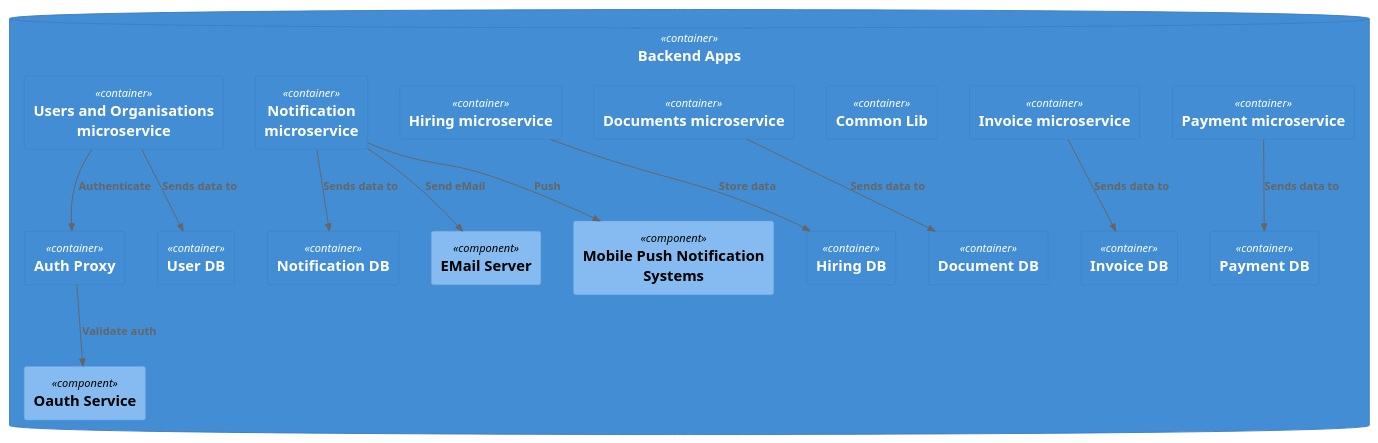
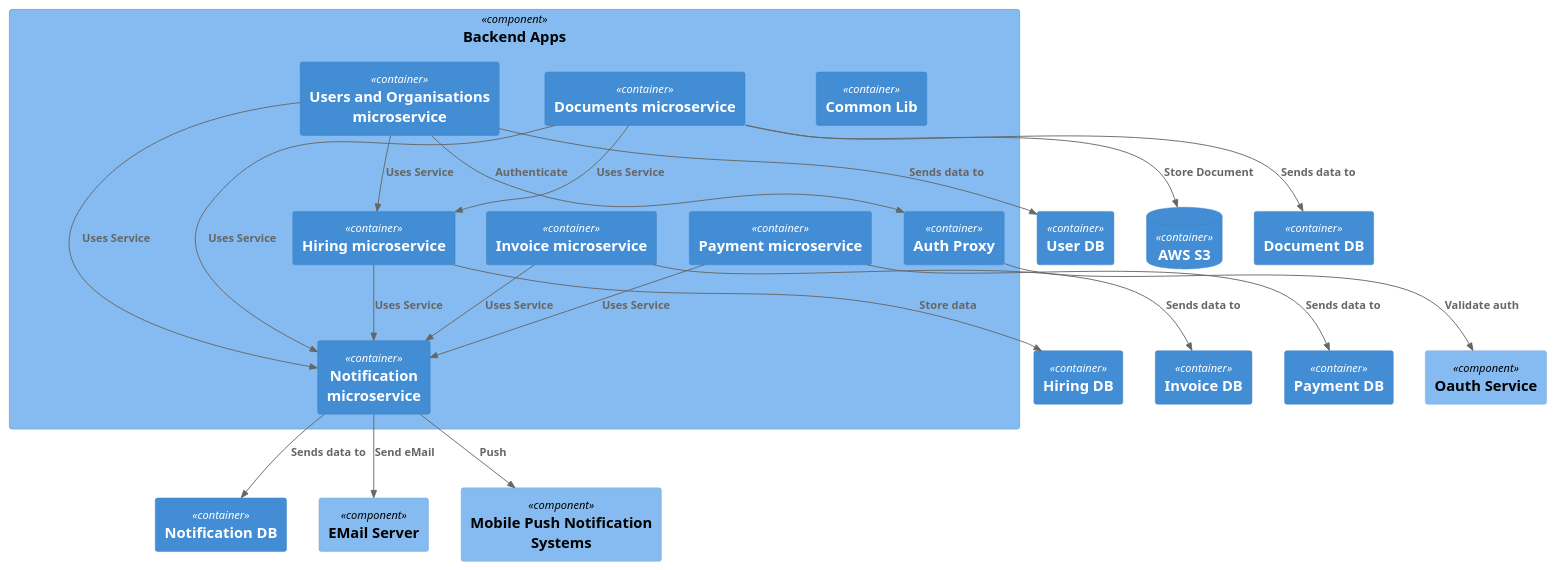
One commit to brunasti/icepanel-tools changed the diagram in examples/tadaah/icePanel-C4-3-Backend_Apps.puml. Above: the diagram before and after it, drawn with PlantUML. The commit also changed 10 other files, not shown here.

```diff
--- a/examples/tadaah/icePanel-C4-3-Backend_Apps.puml
+++ b/examples/tadaah/icePanel-C4-3-Backend_Apps.puml
@@ -1,69 +1,85 @@
 @startuml
 'https://plantuml.com/class-diagram
 ' CONVERT ICEPANEL DIAGRAM ===========
 ' Converter          : it.brunasti.icepanel.tools.IcePanelToPlantUmlConverter
 ' IcePanel JSON File : [./examples/tadaah/tadaah-001.json]
 ' Configuration      : [./examples/tadaah/config.json]
-' Generated at       : Fri Jan 10 13:38:34 CET 2025
+' Generated at       : Fri Jan 10 14:30:43 CET 2025
 
 !include https://raw.githubusercontent.com/plantuml-stdlib/C4-PlantUML/master/C4_Context.puml
 !include https://raw.githubusercontent.com/plantuml-stdlib/C4-PlantUML/master/C4_Component.puml
 
 
 
 Component(LXvhwDpIAwiWY9cfveXB, "Backend Apps", "") { 
-ContainerDb(LXvhwDpIAwiWY9cfveXB, "Backend Apps", "") { 
     ' CLASSES =======
     Container(xujXNZvKo0NhWwHHnzNi, "Payment microservice", "", "")
     Container(jXlbjUjjr2WB6pexPMxU, "Invoice microservice", "", "")
     Container(zIMMYLB32509d1pPM9ef, "Common Lib", "", "")
     Container(E7di0Acs7tcqBfqOKmWa, "Documents microservice", "", "")
     Container(OJhfZ67lBSzo6O8q5N5D, "Hiring microservice", "", "")
     Container(xNzhCu9TkahbVVVwZMa7, "Notification microservice", "", "")
     Container(VNmHaS6AUVW37Ia1oIKo, "Auth Proxy", "", "")
     Container(OW3XMbiGuD47ot1uwmK9, "Users and Organisations microservice", "", "")
 }
 
 
 ' NEIGHBOR CLASSES =======
 Container(0tsl8NoqQthetjG1IfCY, "Payment DB", "", "")
+ContainerDb(Crj6OVjno3V3VzBN9ZV7, "AWS S3", "", "")
 Container(iHxJuDcOScVk3PbjBcJm, "Notification DB", "", "")
 Container(AtImPU6py93rBswwEwtO, "Invoice DB", "", "")
 Container(XaKbISuZOfRaAYbo9UM9, "Hiring DB", "", "")
 Component(lBh7KhgVrh9fCPMlt1PE, "Oauth Service", "")
 Component(TUJ4gE8Z8W1QkQOuPH4W, "EMail Server", "")
 Container(uzTJfXJ4WIOTbEyYvR2M, "Document DB", "", "")
 Component(2JDmHPAMah1HIF7dqy8m, "Mobile Push Notification Systems", "")
 Container(K7gvMXFEhBLyFvU9emlk, "User DB", "", "")
 
 
 ' SUB DIAGRAM CONNECTIONS ======= Base : [LXvhwDpIAwiWY9cfveXB]
 ' CONNECTION : [Uses] [zIMMYLB32509d1pPM9ef] [xujXNZvKo0NhWwHHnzNi] [null]
+' CONNECTION : [Uses Service] [OW3XMbiGuD47ot1uwmK9] [OJhfZ67lBSzo6O8q5N5D] [outgoing]
+Rel(OW3XMbiGuD47ot1uwmK9, OJhfZ67lBSzo6O8q5N5D, "Uses Service" )
 ' CONNECTION : [Sends data to] [xujXNZvKo0NhWwHHnzNi] [0tsl8NoqQthetjG1IfCY] [outgoing]
 Rel(xujXNZvKo0NhWwHHnzNi, 0tsl8NoqQthetjG1IfCY, "Sends data to" )
-' CONNECTION : [Uses] [zIMMYLB32509d1pPM9ef] [E7di0Acs7tcqBfqOKmWa] [null]
 ' CONNECTION : [Authenticate] [OW3XMbiGuD47ot1uwmK9] [VNmHaS6AUVW37Ia1oIKo] [outgoing]
 Rel(OW3XMbiGuD47ot1uwmK9, VNmHaS6AUVW37Ia1oIKo, "Authenticate" )
 ' CONNECTION : [Sends data to] [E7di0Acs7tcqBfqOKmWa] [uzTJfXJ4WIOTbEyYvR2M] [outgoing]
 Rel(E7di0Acs7tcqBfqOKmWa, uzTJfXJ4WIOTbEyYvR2M, "Sends data to" )
+' CONNECTION : [Uses Service] [jXlbjUjjr2WB6pexPMxU] [xNzhCu9TkahbVVVwZMa7] [outgoing]
+Rel(jXlbjUjjr2WB6pexPMxU, xNzhCu9TkahbVVVwZMa7, "Uses Service" )
+' CONNECTION : [Uses] [zIMMYLB32509d1pPM9ef] [OW3XMbiGuD47ot1uwmK9] [null]
+' CONNECTION : [Uses] [zIMMYLB32509d1pPM9ef] [jXlbjUjjr2WB6pexPMxU] [null]
+' CONNECTION : [Push] [xNzhCu9TkahbVVVwZMa7] [2JDmHPAMah1HIF7dqy8m] [outgoing]
+Rel(xNzhCu9TkahbVVVwZMa7, 2JDmHPAMah1HIF7dqy8m, "Push" )
+' CONNECTION : [Uses Service] [E7di0Acs7tcqBfqOKmWa] [xNzhCu9TkahbVVVwZMa7] [outgoing]
+Rel(E7di0Acs7tcqBfqOKmWa, xNzhCu9TkahbVVVwZMa7, "Uses Service" )
+' CONNECTION : [Uses Service] [xujXNZvKo0NhWwHHnzNi] [xNzhCu9TkahbVVVwZMa7] [outgoing]
+Rel(xujXNZvKo0NhWwHHnzNi, xNzhCu9TkahbVVVwZMa7, "Uses Service" )
+' CONNECTION : [Send eMail] [xNzhCu9TkahbVVVwZMa7] [TUJ4gE8Z8W1QkQOuPH4W] [outgoing]
+Rel(xNzhCu9TkahbVVVwZMa7, TUJ4gE8Z8W1QkQOuPH4W, "Send eMail" )
+' CONNECTION : [Uses] [zIMMYLB32509d1pPM9ef] [E7di0Acs7tcqBfqOKmWa] [null]
 ' CONNECTION : [Sends data to] [OW3XMbiGuD47ot1uwmK9] [K7gvMXFEhBLyFvU9emlk] [outgoing]
 Rel(OW3XMbiGuD47ot1uwmK9, K7gvMXFEhBLyFvU9emlk, "Sends data to" )
 ' CONNECTION : [Sends data to] [jXlbjUjjr2WB6pexPMxU] [AtImPU6py93rBswwEwtO] [outgoing]
 Rel(jXlbjUjjr2WB6pexPMxU, AtImPU6py93rBswwEwtO, "Sends data to" )
-' CONNECTION : [Uses] [zIMMYLB32509d1pPM9ef] [OW3XMbiGuD47ot1uwmK9] [null]
-' CONNECTION : [Uses] [zIMMYLB32509d1pPM9ef] [jXlbjUjjr2WB6pexPMxU] [null]
-' CONNECTION : [Push] [xNzhCu9TkahbVVVwZMa7] [2JDmHPAMah1HIF7dqy8m] [outgoing]
-Rel(xNzhCu9TkahbVVVwZMa7, 2JDmHPAMah1HIF7dqy8m, "Push" )
 ' CONNECTION : [Store data] [OJhfZ67lBSzo6O8q5N5D] [XaKbISuZOfRaAYbo9UM9] [outgoing]
 Rel(OJhfZ67lBSzo6O8q5N5D, XaKbISuZOfRaAYbo9UM9, "Store data" )
 ' CONNECTION : [Sends data to] [xNzhCu9TkahbVVVwZMa7] [iHxJuDcOScVk3PbjBcJm] [outgoing]
 Rel(xNzhCu9TkahbVVVwZMa7, iHxJuDcOScVk3PbjBcJm, "Sends data to" )
+' CONNECTION : [Uses Service] [E7di0Acs7tcqBfqOKmWa] [OJhfZ67lBSzo6O8q5N5D] [outgoing]
+Rel(E7di0Acs7tcqBfqOKmWa, OJhfZ67lBSzo6O8q5N5D, "Uses Service" )
+' CONNECTION : [Uses Service] [OJhfZ67lBSzo6O8q5N5D] [xNzhCu9TkahbVVVwZMa7] [outgoing]
+Rel(OJhfZ67lBSzo6O8q5N5D, xNzhCu9TkahbVVVwZMa7, "Uses Service" )
+' CONNECTION : [Store Document] [E7di0Acs7tcqBfqOKmWa] [Crj6OVjno3V3VzBN9ZV7] [outgoing]
+Rel(E7di0Acs7tcqBfqOKmWa, Crj6OVjno3V3VzBN9ZV7, "Store Document" )
 ' CONNECTION : [Uses] [zIMMYLB32509d1pPM9ef] [xNzhCu9TkahbVVVwZMa7] [null]
 ' CONNECTION : [Uses] [zIMMYLB32509d1pPM9ef] [OJhfZ67lBSzo6O8q5N5D] [null]
+' CONNECTION : [Uses Service] [OW3XMbiGuD47ot1uwmK9] [xNzhCu9TkahbVVVwZMa7] [outgoing]
+Rel(OW3XMbiGuD47ot1uwmK9, xNzhCu9TkahbVVVwZMa7, "Uses Service" )
 ' CONNECTION : [Validate auth] [VNmHaS6AUVW37Ia1oIKo] [lBh7KhgVrh9fCPMlt1PE] [outgoing]
 Rel(VNmHaS6AUVW37Ia1oIKo, lBh7KhgVrh9fCPMlt1PE, "Validate auth" )
-' CONNECTION : [Send eMail] [xNzhCu9TkahbVVVwZMa7] [TUJ4gE8Z8W1QkQOuPH4W] [outgoing]
-Rel(xNzhCu9TkahbVVVwZMa7, TUJ4gE8Z8W1QkQOuPH4W, "Send eMail" )
 
 
 @enduml
```
